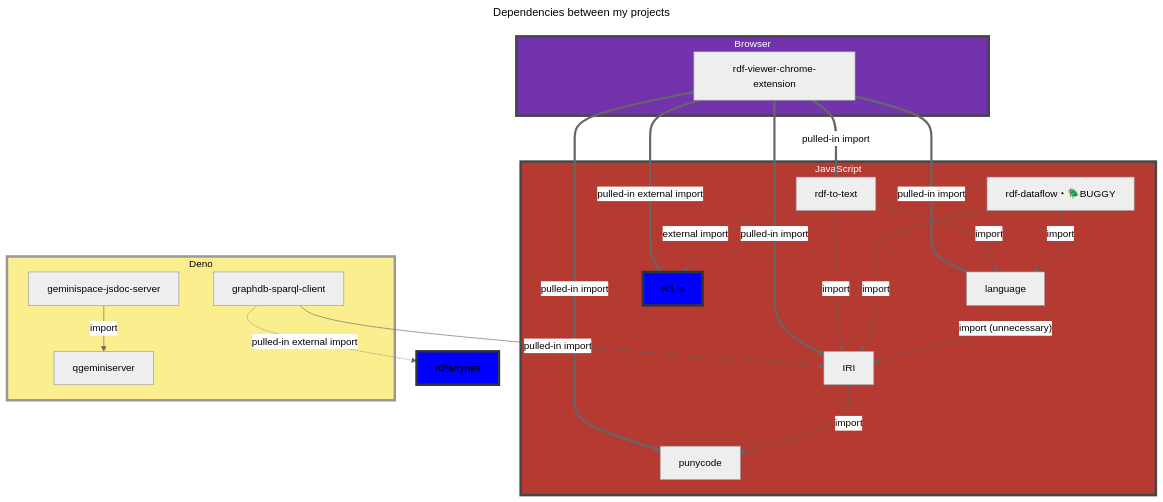
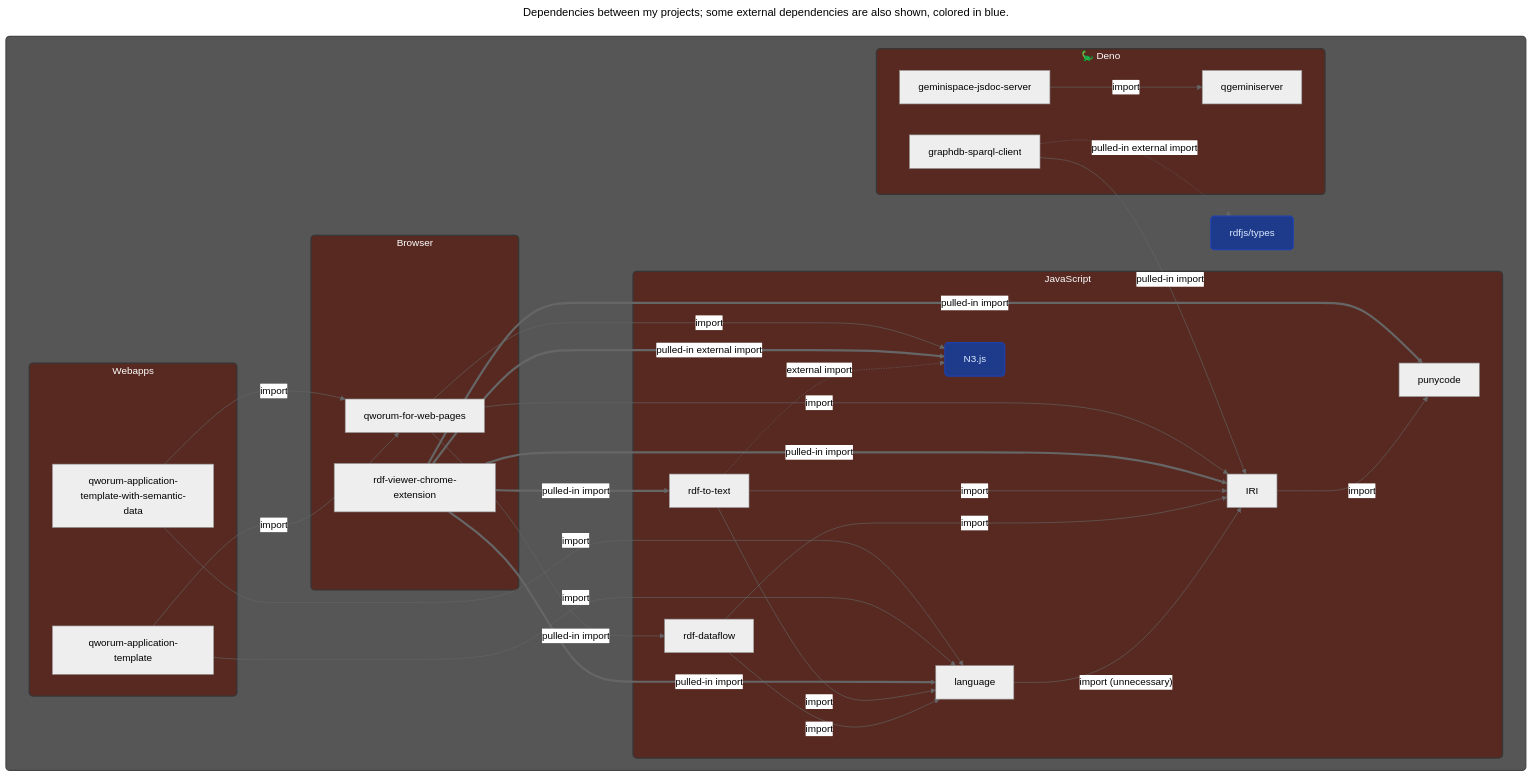
One commit to doga/my-projects changed the diagram in README.md. Above: the diagram before and after it, drawn with Mermaid (neutral theme).

````diff
--- a/README.md
+++ b/README.md
@@ -3,29 +3,38 @@
 ```mermaid
 ---
-title: Dependencies between my projects
+title: Dependencies between my projects; some external dependencies are also shown, colored in blue.
 ---
 flowchart TD
-    subgraph javascript["JavaScript"]
-        punycode
-        IRI
-        language
-        rdf-dataflow["rdf-dataflow・🪲BUGGY"]
-        rdf-to-text
-        n3["N3.js"]:::external
+    subgraph all[" "]
+        subgraph javascript["JavaScript"]
+            punycode
+            IRI
+            language
+            rdf-dataflow["rdf-dataflow"]
+            rdf-to-text
+            n3["N3.js"]:::external
+        end
+
+        subgraph browser["Browser"]
+            rdf-viewer-chrome-extension
+            qworum-for-web-pages
+        end
+
+        subgraph webapps["Webapps"]
+            qworum-application-template
+            qworum-application-template-with-semantic-data
+        end
+
+        subgraph deno["🦕 Deno"]
+            graphdb-sparql-client
+            qgeminiserver
+            geminispace-jsdoc-server
+        end
+
+        rdfjs-types["rdfjs/types"]:::external
     end
 
-    subgraph browser["Browser"]
-        rdf-viewer-chrome-extension
-    end
-
-    subgraph deno["Deno"]
-        graphdb-sparql-client
-        qgeminiserver
-        geminispace-jsdoc-server
-    end
-
-    rdfjs-types["rdfjs/types"]:::external
-
+    %% ═══ Edges ═══
     IRI -- import --> punycode
     language -- import (unnecessary) --> IRI
     rdf-dataflow -- import --> IRI
@@ -41,7 +50,15 @@
     geminispace-jsdoc-server -- import --> qgeminiserver
     graphdb-sparql-client -- pulled-in import --> IRI
     graphdb-sparql-client -. pulled-in external import .-> rdfjs-types
+    qworum-for-web-pages -- pulled-in import --> rdf-dataflow
+    qworum-for-web-pages -- import --> IRI
+    qworum-for-web-pages -- import --> n3
+    qworum-application-template -- import --> language
+    qworum-application-template -- import --> qworum-for-web-pages
+    qworum-application-template-with-semantic-data -- import --> language
+    qworum-application-template-with-semantic-data -- import --> qworum-for-web-pages
 
+    %% ═══ Click targets ═══
     click punycode "https://github.com/doga/punycode"
     click IRI "https://github.com/doga/IRI"
     click language "https://github.com/doga/language"
@@ -53,9 +70,24 @@
     click graphdb-sparql-client "https://jsr.io/@arma/graphdb-sparql-client"
     click geminispace-jsdoc-server "https://jsr.io/@arma/geminispace-jsdoc-server"
     click qgeminiserver "https://jsr.io/@arma/qgeminiserver"
+    click qworum-for-web-pages "https://github.com/doga/qworum-for-web-pages"
+    click qworum-application-template "https://github.com/doga/qworum-application-template"
+    click qworum-application-template-with-semantic-data "https://github.com/doga/qworum-application-template-with-semantic-data"
 
-    style deno fill:#F8DF20,stroke:#333,stroke-width:4px,color:black,opacity:0.5;
-    style browser fill:#641DA4,stroke:#333,stroke-width:4px,color:white,opacity:0.9;
-    style javascript fill:#AE251C,stroke:#333,stroke-width:4px,color:white,opacity:0.9;
-    classDef external fill:blue,stroke:#333,stroke-width:4px;
+    %% ═══ Classes ═══
+    classDef external fill:#1e3a8a,stroke:#1e40af,stroke-width:2px,color:#dbeafe,rx:6,ry:6
+    classDef buggy fill:#fee2e2,stroke:#dc2626,stroke-width:2px,color:#991b1b,rx:6,ry:6
+
+    %% ═══ Styles ═══
+    %%style javascript fill:#FEF3C7,stroke:#D97706,stroke-width:2px,color:#78350F,rx:6,ry:6
+    %%style browser fill:#EDE9FE,stroke:#7C3AED,stroke-width:2px,color:#4C1D95,rx:6,ry:6
+    %%style deno fill:#ECFEFF,stroke:#0891B2,stroke-width:2px,color:#164E63,rx:6,ry:6
+
+    style deno fill:#58251C,stroke:#333,stroke-width:2px,color:white,rx:6,ry:6,opacity:0.9;
+    style browser fill:#58251C,stroke:#333,stroke-width:2px,color:white,rx:6,ry:6,opacity:0.9;
+    style javascript fill:#58251C,stroke:#333,stroke-width:2px,color:white,rx:6,ry:6,opacity:0.9;
+    style webapps fill:#58251C,stroke:#333,stroke-width:2px,color:white,rx:6,ry:6,opacity:0.9;
+    style all fill:#444,stroke:#333,stroke-width:2px,color:white,rx:6,ry:6,opacity:0.9;
+
+    %%linkStyle 3 stroke:#ff3,stroke-width:4px,color:red;
 ```
````
